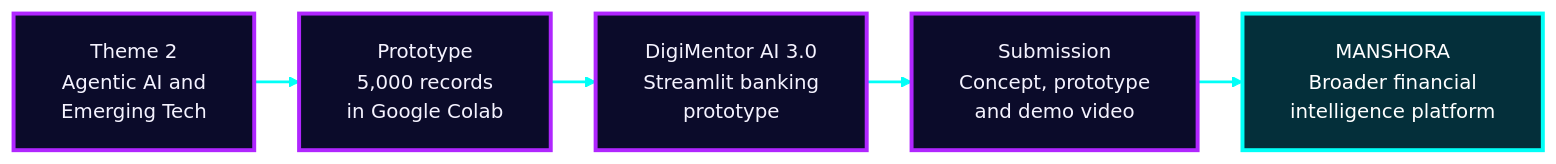
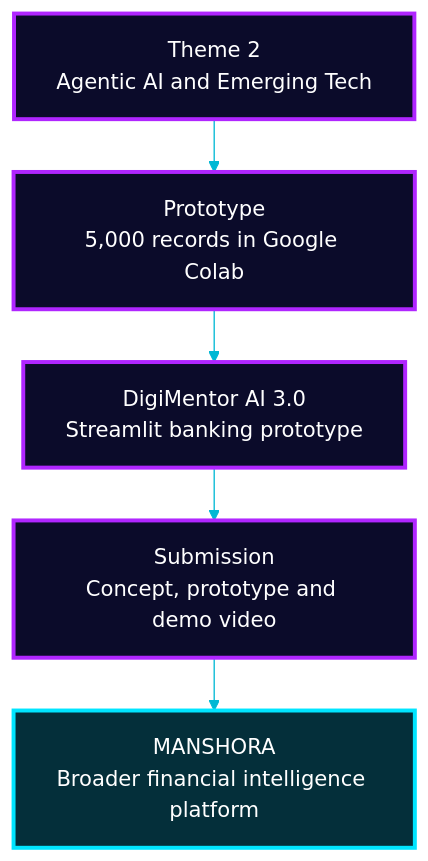
Before and after one commit to Mansi232323/MANSHORA: the second of 17 diagrams in README.md, drawn with Mermaid. The commit also changed other lines of this file, not shown here.

````diff
--- a/README.md
+++ b/README.md
@@ -134,13 +133,12 @@
 ```mermaid
-%%{init: {'theme':'base','themeVariables':{'fontSize':'15px','fontFamily':'Arial, Helvetica, sans-serif','primaryColor':'#0b0b2a','primaryTextColor':'#f5f3ff','primaryBorderColor':'#b026ff','lineColor':'#00fff7','textColor':'#f5f3ff','edgeLabelBackground':'#0b0b2a'},'flowchart':{'htmlLabels':false,'nodeSpacing':28,'rankSpacing':34,'padding':18,'curve':'linear'}}}%%
-flowchart LR
-    h1["Theme 2<br/>Agentic AI and<br/>Emerging Tech"] --> h2["Prototype<br/>5,000 records<br/>in Google Colab"]
-    h2 --> h3["DigiMentor AI 3.0<br/>Streamlit banking<br/>prototype"]
-    h3 --> h4["Submission<br/>Concept, prototype<br/>and demo video"]
-    h4 --> b1["MANSHORA<br/>Broader financial<br/>intelligence platform"]
-    classDef hack fill:#0b0b2a,stroke:#b026ff,stroke-width:3px,color:#f5f3ff
-    classDef now fill:#042f3a,stroke:#00fff7,stroke-width:3px,color:#ffffff
+%%{init: {'theme':'base','themeVariables':{'fontSize':'16px','fontFamily':'Arial, Helvetica, sans-serif','primaryColor':'#0b0b2a','primaryTextColor':'#ffffff','primaryBorderColor':'#b026ff','lineColor':'#00b8d4','textColor':'#ffffff','edgeLabelBackground':'#0b0b2a'},'flowchart':{'htmlLabels':true,'nodeSpacing':30,'rankSpacing':40,'padding':16,'curve':'basis','wrappingWidth':240,'useMaxWidth':true}}}%%
+flowchart TB
+    h1["Theme 2<br/>Agentic AI and Emerging Tech"] --> h2["Prototype<br/>5,000 records in Google Colab"]
+    h2 --> h3["DigiMentor AI 3.0<br/>Streamlit banking prototype"]
+    h3 --> h4["Submission<br/>Concept, prototype and demo video"]
+    h4 --> b1["MANSHORA<br/>Broader financial intelligence platform"]
+    classDef hack fill:#0b0b2a,stroke:#b026ff,stroke-width:3px,color:#ffffff
+    classDef now fill:#042f3a,stroke:#00e5ff,stroke-width:3px,color:#ffffff
     class h1,h2,h3,h4 hack
     class b1 now
-    linkStyle default fill:none,stroke:#00fff7,stroke-width:2px
 ```
````
